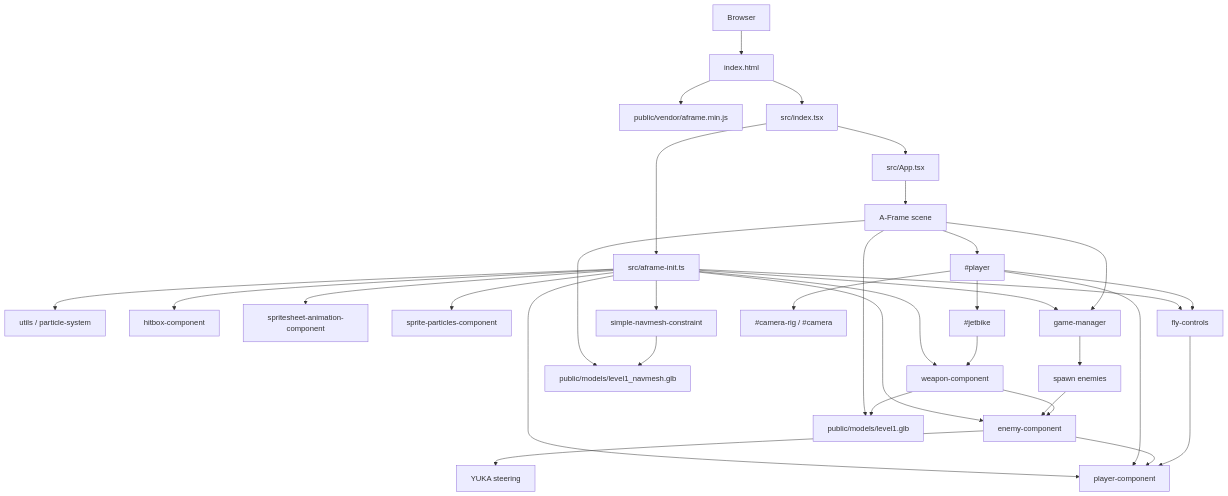
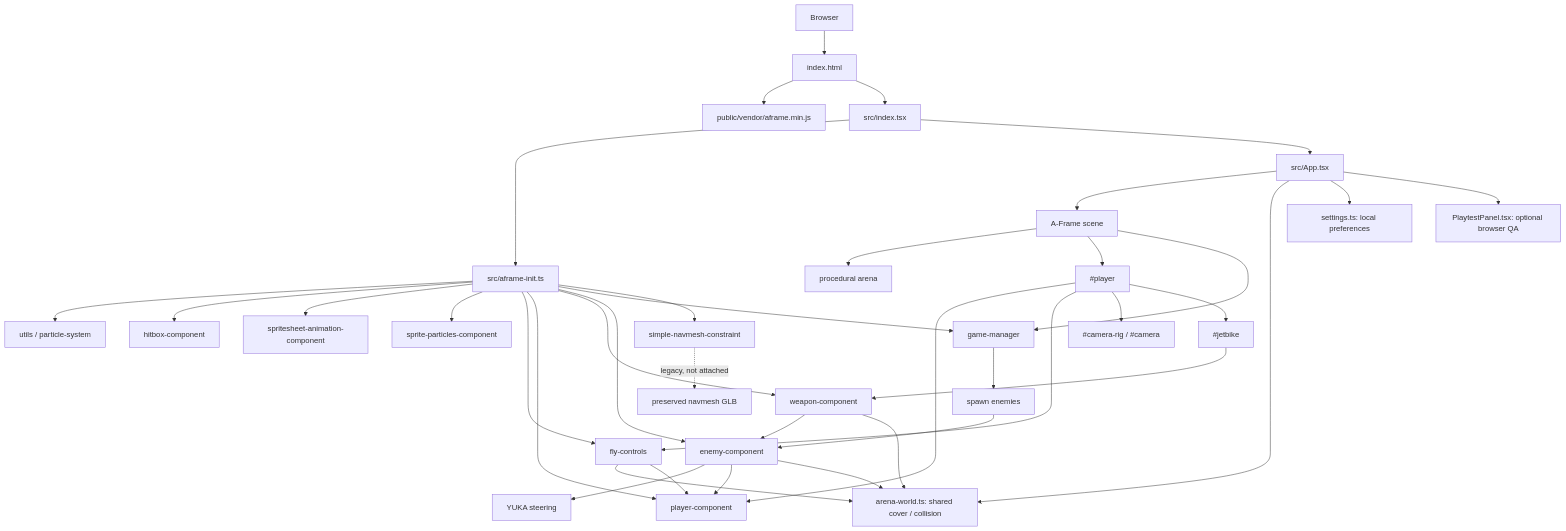
The first of 5 diagrams in docs/PROJECT_GRAPH.md (rchovatiya88/marsxaijetfly), drawn with Mermaid before and after one commit. The commit also changed 29 other files, not shown here.

````diff
--- a/docs/PROJECT_GRAPH.md
+++ b/docs/PROJECT_GRAPH.md
@@ -7,47 +7,51 @@
 ```mermaid
 flowchart TD
   Browser["Browser"]
   IndexHtml["index.html"]
   VendorAFrame["public/vendor/aframe.min.js"]
   ReactEntry["src/index.tsx"]
   App["src/App.tsx"]
   Init["src/aframe-init.ts"]
 
   Browser --> IndexHtml
   IndexHtml --> VendorAFrame
   IndexHtml --> ReactEntry
   ReactEntry --> Init
   ReactEntry --> App
   App --> Scene["A-Frame scene"]
 
   Init --> Utils["utils / particle-system"]
   Init --> Hitbox["hitbox-component"]
   Init --> SpriteAnim["spritesheet-animation-component"]
   Init --> SpriteParticles["sprite-particles-component"]
   Init --> Fly["fly-controls"]
   Init --> Player["player-component"]
   Init --> Weapon["weapon-component"]
   Init --> Enemy["enemy-component"]
   Init --> Manager["game-manager"]
   Init --> Navmesh["simple-navmesh-constraint"]
 
-  Scene --> Level["public/models/level1.glb"]
-  Scene --> NavmeshAsset["public/models/level1_navmesh.glb"]
+  Scene --> Arena["procedural arena"]
+  App --> World["arena-world.ts: shared cover / collision"]
+  App --> Settings["settings.ts: local preferences"]
+  App --> QA["PlaytestPanel.tsx: optional browser QA"]
   Scene --> PlayerEntity["#player"]
   Scene --> Manager
 
   PlayerEntity --> Player
   PlayerEntity --> Fly
   PlayerEntity --> CameraRig["#camera-rig / #camera"]
   PlayerEntity --> Jetbike["#jetbike"]
   Jetbike --> Weapon
 
   Manager --> EnemySpawn["spawn enemies"]
   EnemySpawn --> Enemy
   Enemy --> Yuka["YUKA steering"]
   Enemy --> Player
   Weapon --> Enemy
-  Weapon --> Level
+  Weapon --> World
+  Enemy --> World
+  Fly --> World
   Fly --> Player
-  Navmesh --> NavmeshAsset
+  Navmesh -. legacy, not attached .-> NavmeshAsset["preserved navmesh GLB"]
 ```
````
